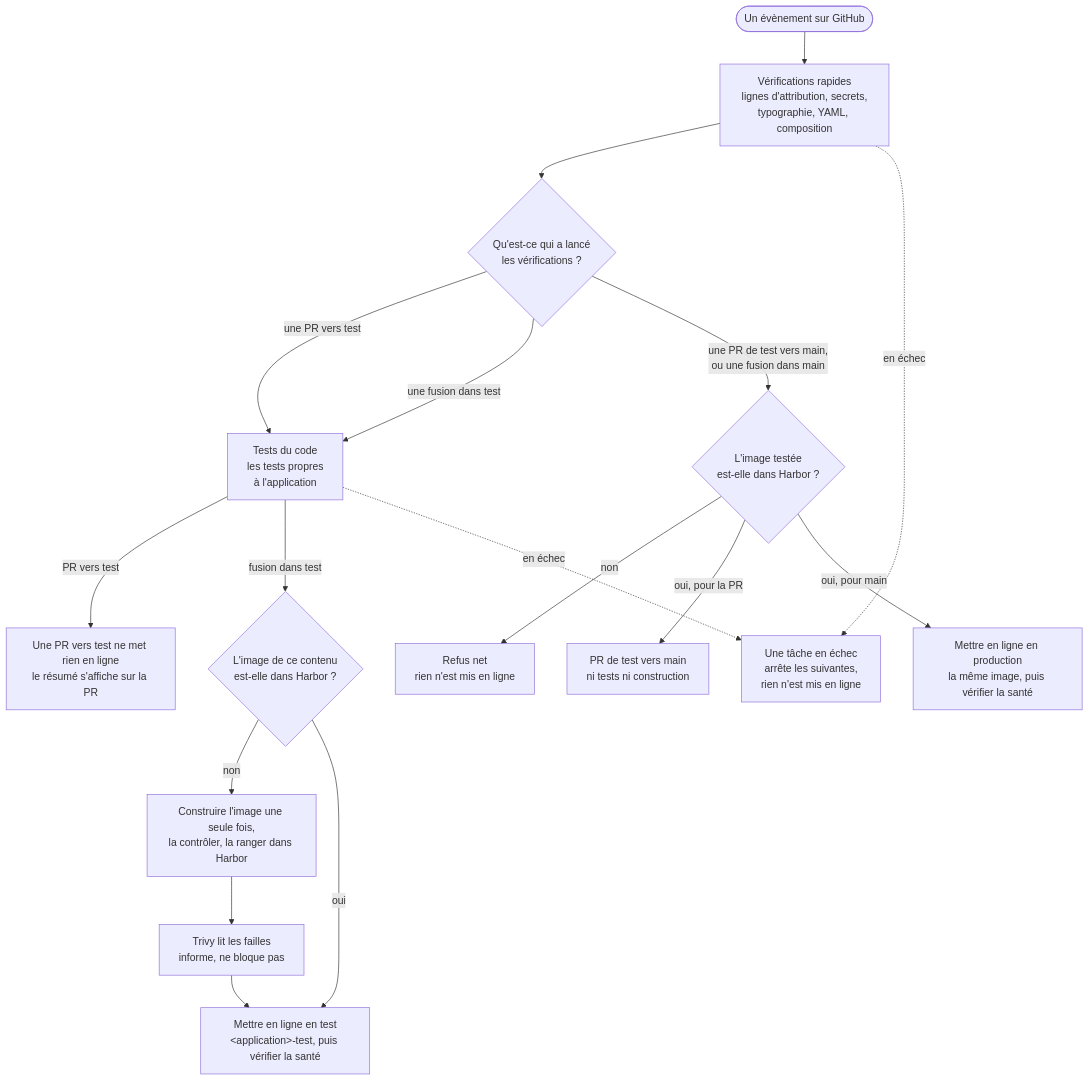
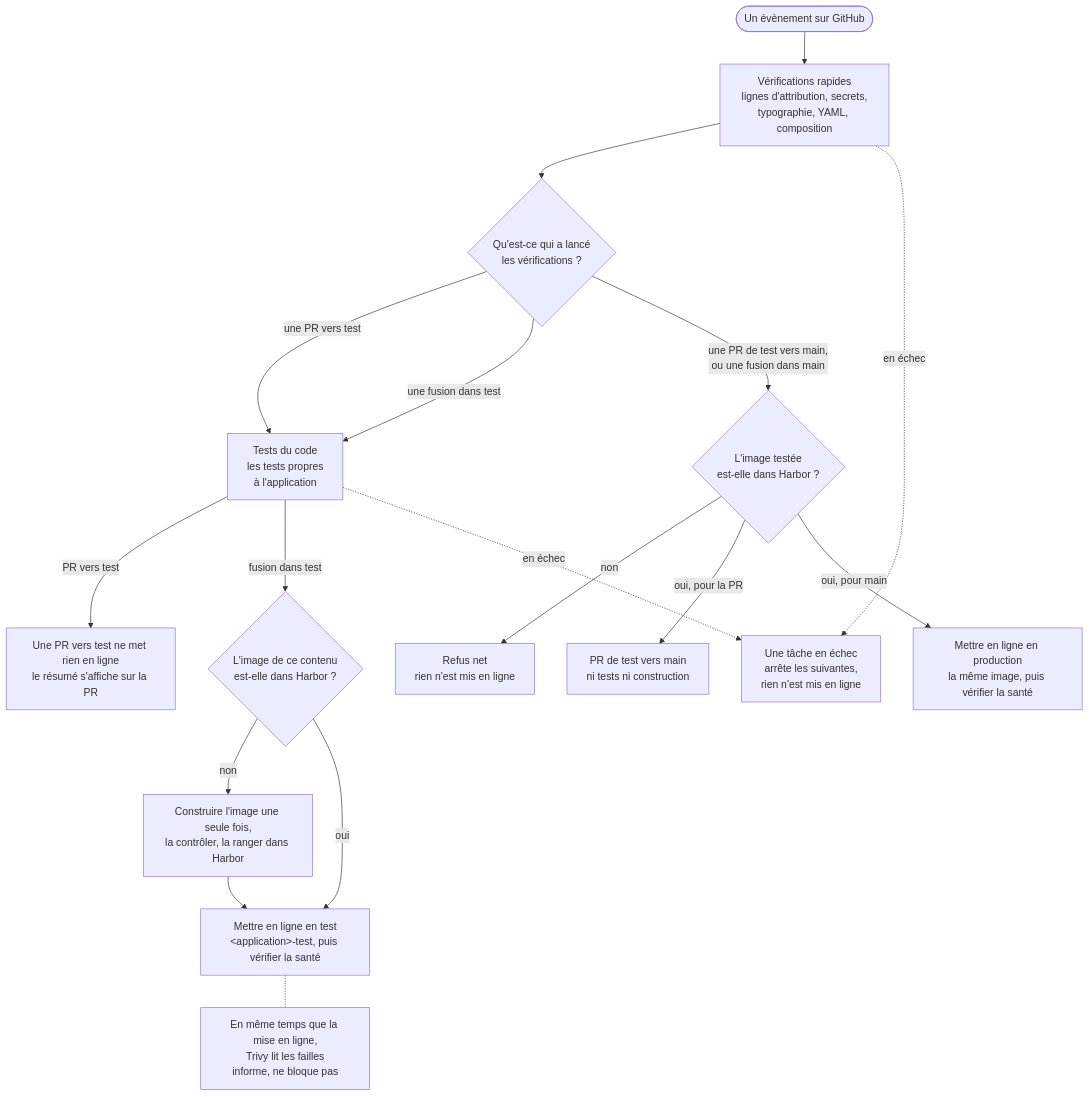
The diagram in docs/schemas/04-les-verifications-automatiques.mmd (oscar-organisation/oscar-general-gouvernance-project), drawn with Mermaid before and after one commit. The commit also changed 25 other files, not shown here.

```diff
--- a/docs/schemas/04-les-verifications-automatiques.mmd
+++ b/docs/schemas/04-les-verifications-automatiques.mmd
@@ -1,34 +1,35 @@
 %% Les vérifications automatiques: leurs tâches, et ce qui se passe selon l'évènement.
 %% Source de 04-les-verifications-automatiques.svg. L'image ne se retouche jamais à la main.
 %% Après une modification, depuis la racine du dépôt:
 %%   docker compose -f docs/outils/compose.yaml run --rm schemas
 %% Depuis le 04/10/2026 (plan 17): le déploiement automatique commun par image de Harbor.
 flowchart TB
   evenement(["Un évènement sur GitHub"])
   rapides["Vérifications rapides<br>lignes d'attribution, secrets,<br>typographie, YAML, composition"]
   quoi{"Qu'est-ce qui a lancé<br>les vérifications ?"}
   tests["Tests du code<br>les tests propres<br>à l'application"]
   pr["Une PR vers test ne met rien en ligne<br>le résumé s'affiche sur la PR"]:::discret
   existe{"L'image de ce contenu<br>est-elle dans Harbor ?"}
   construire["Construire l'image une seule fois,<br>la contrôler, la ranger dans Harbor"]
-  trivy["Trivy lit les failles<br>informe, ne bloque pas"]:::discret
+  trivy["En même temps que la mise en ligne,<br>Trivy lit les failles<br>informe, ne bloque pas"]:::discret
   enligne["Mettre en ligne en test<br>#lt;application#gt;-test, puis vérifier la santé"]
   testee{"L'image testée<br>est-elle dans Harbor ?"}:::accent
   refus["Refus net<br>rien n'est mis en ligne"]:::attention
   prtest["PR de test vers main<br>ni tests ni construction"]:::discret
   enprod["Mettre en ligne en production<br>la même image, puis vérifier la santé"]
   echec["Une tâche en échec<br>arrête les suivantes,<br>rien n'est mis en ligne"]:::attention
 
   evenement --> rapides --> quoi
   quoi -- "une PR vers test" --> tests
   tests -- "PR vers test" --> pr
   quoi -- "une fusion dans test" --> tests
   tests -- "fusion dans test" --> existe
-  existe -- "non" --> construire --> trivy --> enligne
+  existe -- "non" --> construire --> enligne
   existe -- "oui" --> enligne
+  enligne -.- trivy
   quoi -- "une PR de test vers main,<br>ou une fusion dans main" --> testee
   testee -- "non" --> refus
   testee -- "oui, pour la PR" --> prtest
   testee -- "oui, pour main" --> enprod
   rapides -. "en échec" .-> echec
   tests -. "en échec" .-> echec
```
